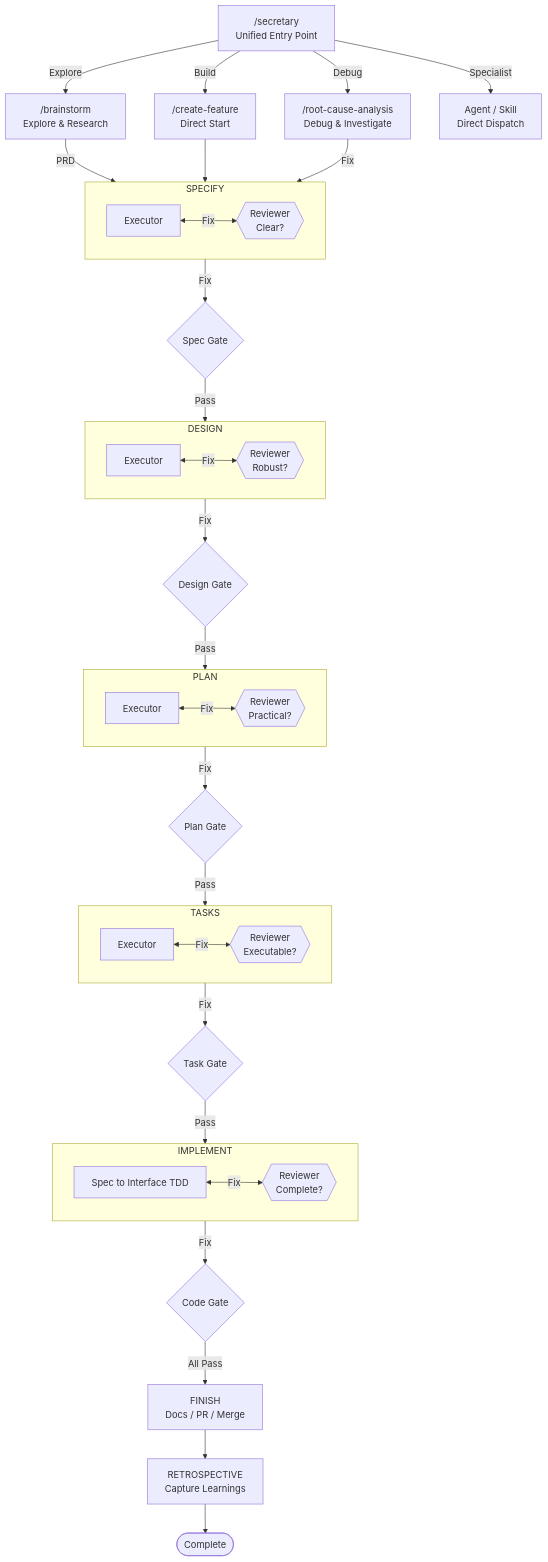
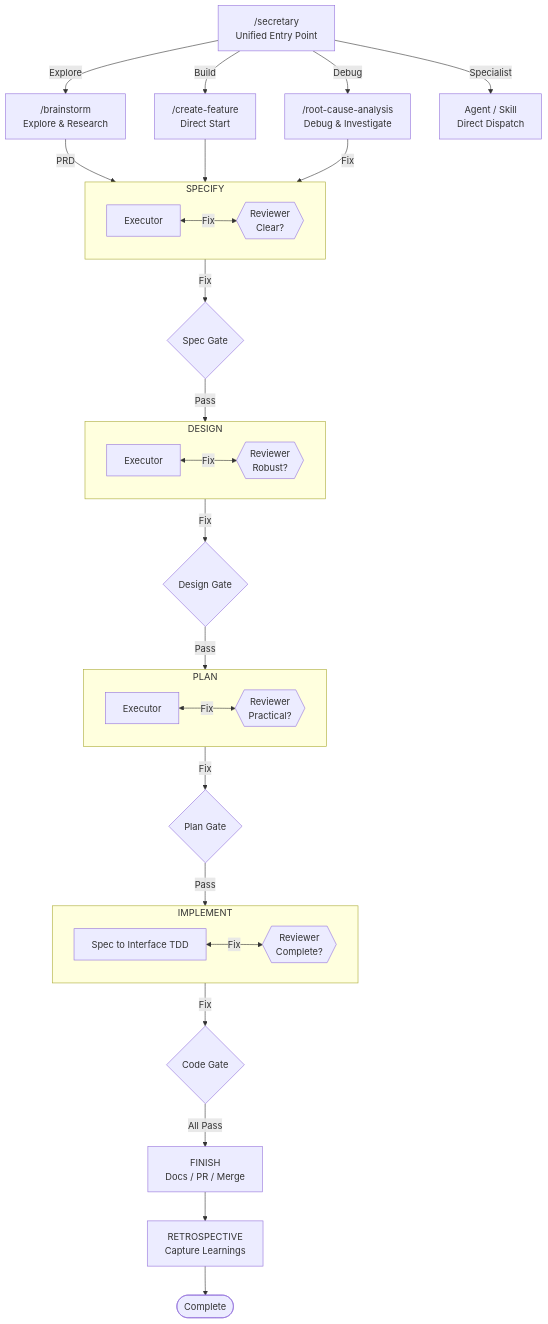
The diagram in README.md (clthuang/pedantic-drip), drawn with Mermaid before and after one commit. The commit also changed other lines of this file and 11 other files, not shown here.

````diff
--- a/README.md
+++ b/README.md
@@ -136,44 +136,38 @@
 ```mermaid
 flowchart TD
     SEC["/secretary<br/>Unified Entry Point"] -->|Explore| BS["/brainstorm<br/>Explore & Research"]
     SEC -->|Build| CF["/create-feature<br/>Direct Start"]
     SEC -->|Debug| RCA["/root-cause-analysis<br/>Debug & Investigate"]
     SEC -->|Specialist| AGENT["Agent / Skill<br/>Direct Dispatch"]
 
     BS -->|PRD| SPEC
     CF --> SPEC
     RCA -->|Fix| SPEC
 
     subgraph SPEC["SPECIFY"]
         SE[Executor] <-->|Fix| SR{{"Reviewer<br/>Clear?"}}
     end
     SPEC -->|Fix| SG{Spec Gate}
     SG -->|Pass| DES
 
     subgraph DES["DESIGN"]
         DE[Executor] <-->|Fix| DR{{"Reviewer<br/>Robust?"}}
     end
     DES -->|Fix| DG{Design Gate}
     DG -->|Pass| PLN
 
     subgraph PLN["PLAN"]
         PE[Executor] <-->|Fix| PR{{"Reviewer<br/>Practical?"}}
     end
     PLN -->|Fix| PG{Plan Gate}
-    PG -->|Pass| TSK
-
-    subgraph TSK["TASKS"]
-        TE[Executor] <-->|Fix| TR{{"Reviewer<br/>Executable?"}}
-    end
-    TSK -->|Fix| TG{Task Gate}
-    TG -->|Pass| IMP
+    PG -->|Pass| IMP
 
     subgraph IMP["IMPLEMENT"]
         IE["Spec to Interface TDD"] <-->|Fix| IR{{"Reviewer<br/>Complete?"}}
     end
     IMP -->|Fix| CG{Code Gate}
     CG -->|All Pass| FIN
 
     FIN["FINISH<br/>Docs / PR / Merge"] --> RET
     RET["RETROSPECTIVE<br/>Capture Learnings"] --> DONE([Complete])
 ```
````
